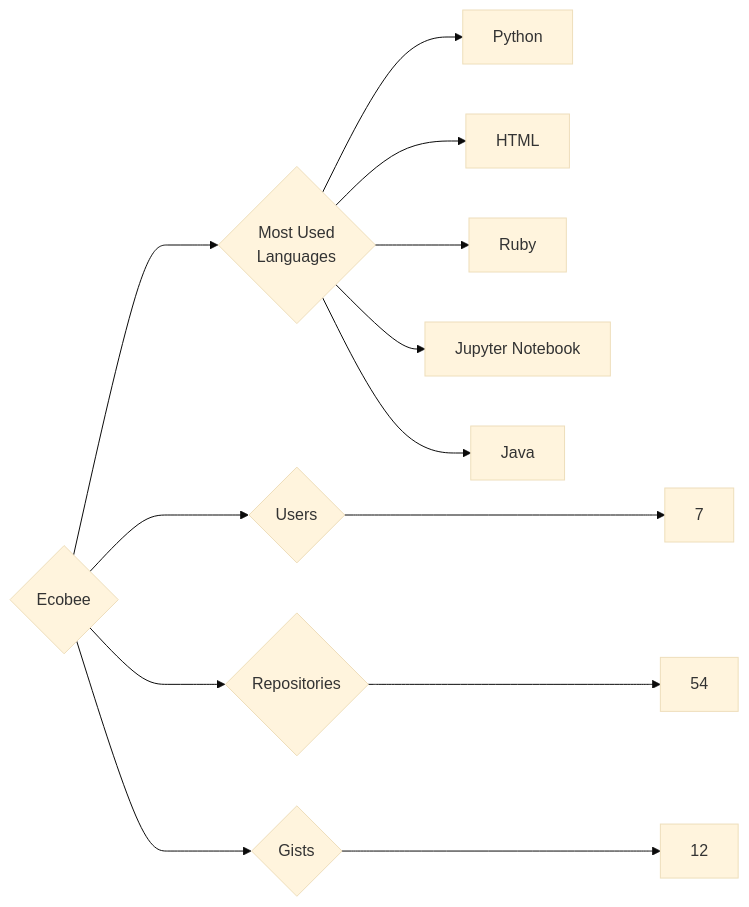
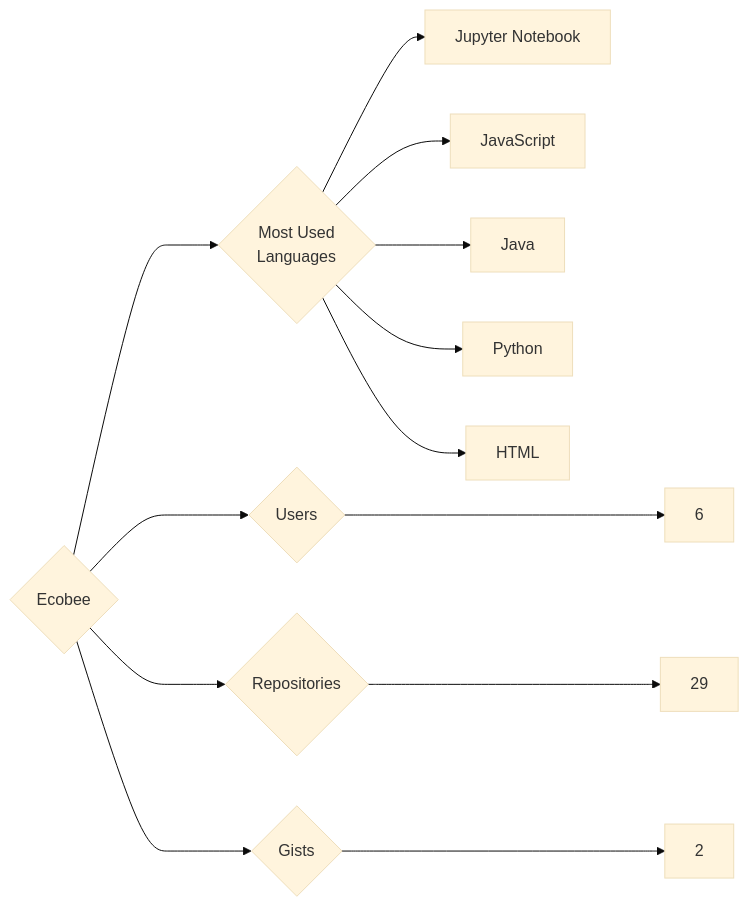
Before and after one commit to trickest/insiders: the diagram in targets/Ecobee/README.md, drawn with Mermaid (base theme). The commit also changed 1170 other files, not shown here.

````diff
--- a/targets/Ecobee/README.md
+++ b/targets/Ecobee/README.md
@@ -3,13 +3,13 @@
 ```mermaid
 graph LR
 COMPANY_NAME{Ecobee}
-COMPANY_NAME ---> U{Users} ---> UN[7]
-COMPANY_NAME ---> R{Repositories} ---> RN[54]
-COMPANY_NAME ---> G{Gists} ---> GN[12]
+COMPANY_NAME ---> U{Users} ---> UN[6]
+COMPANY_NAME ---> R{Repositories} ---> RN[29]
+COMPANY_NAME ---> G{Gists} ---> GN[2]
 COMPANY_NAME ---> ML{Most Used<br>Languages}
+ML --> Jupyter_Notebook[Jupyter Notebook]
+ML --> JavaScript[JavaScript]
+ML --> Java[Java]
 ML --> Python[Python]
 ML --> HTML[HTML]
-ML --> Ruby[Ruby]
-ML --> Jupyter_Notebook[Jupyter Notebook]
-ML --> Java[Java]
 ```
````
